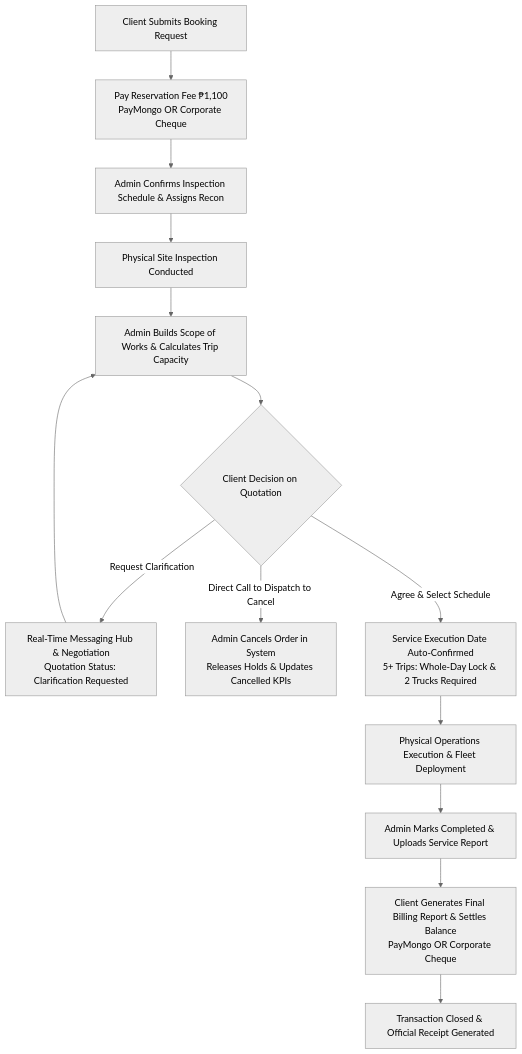
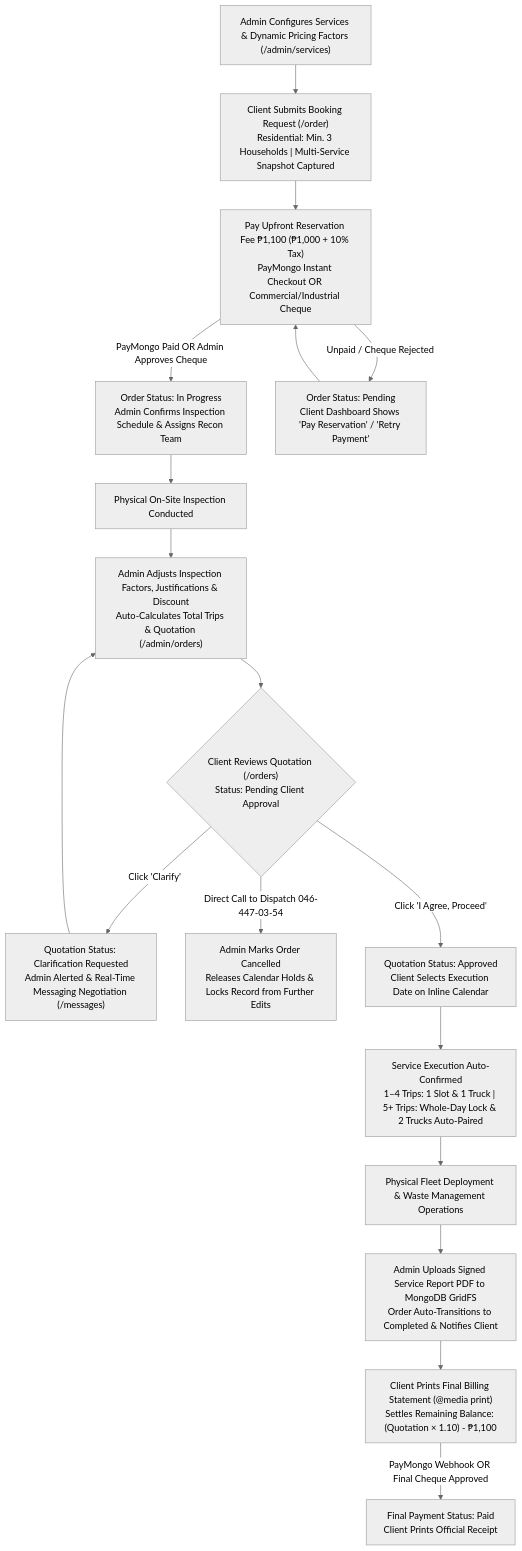
The diagram in SERVICE_OPERATION_FLOW.md (tylertakeswalls/Cleaneco), drawn with Mermaid (neutral theme) before and after one commit. The commit also changed other lines of this file, not shown here.

Commit message:
docs: update SERVICE_OPERATION_FLOW.md to reflect current system workflows and dynamic pricing

````diff
--- a/SERVICE_OPERATION_FLOW.md
+++ b/SERVICE_OPERATION_FLOW.md
@@ -9,16 +9,20 @@
 ```mermaid
-graph TD
-    A[Client Submits Booking Request] --> B[Pay Reservation Fee ₱1,100<br/>PayMongo OR Corporate Cheque]
-    B --> C[Admin Confirms Inspection Schedule & Assigns Recon]
-    C --> D[Physical Site Inspection Conducted]
-    D --> E[Admin Builds Scope of Works & Calculates Trip Capacity]
-    E --> F{Client Decision on Quotation}
-    F -->|Request Clarification| G[Real-Time Messaging Hub & Negotiation<br/>Quotation Status: Clarification Requested]
+flowchart TD
+    S0["Admin Configures Services & Dynamic Pricing Factors (/admin/services)"] --> A
+    A["Client Submits Booking Request (/order)<br/>Residential: Min. 3 Households | Multi-Service Snapshot Captured"] --> B["Pay Upfront Reservation Fee ₱1,100 (₱1,000 + 10% Tax)<br/>PayMongo Instant Checkout OR Commercial/Industrial Cheque"]
+    B -->|PayMongo Paid OR Admin Approves Cheque| C["Order Status: In Progress<br/>Admin Confirms Inspection Schedule & Assigns Recon Team"]
+    B -->|Unpaid / Cheque Rejected| B1["Order Status: Pending<br/>Client Dashboard Shows 'Pay Reservation' / 'Retry Payment'"]
+    B1 --> B
+    C --> D["Physical On-Site Inspection Conducted"]
+    D --> E["Admin Adjusts Inspection Factors, Justifications & Discount<br/>Auto-Calculates Total Trips & Quotation (/admin/orders)"]
+    E --> F{"Client Reviews Quotation (/orders)<br/>Status: Pending Client Approval"}
+    F -->|Click 'Clarify'| G["Quotation Status: Clarification Requested<br/>Admin Alerted & Real-Time Messaging Negotiation (/messages)"]
     G --> E
-    F -->|Direct Call to Dispatch to Cancel| H[Admin Cancels Order in System<br/>Releases Holds & Updates Cancelled KPIs]
-    F -->|Agree & Select Schedule| I[Service Execution Date Auto-Confirmed<br/>5+ Trips: Whole-Day Lock & 2 Trucks Required]
-    I --> J[Physical Operations Execution & Fleet Deployment]
-    J --> K[Admin Marks Completed & Uploads Service Report]
-    K --> L[Client Generates Final Billing Report & Settles Balance<br/>PayMongo OR Corporate Cheque]
-    L --> M[Transaction Closed & Official Receipt Generated]
+    F -->|Direct Call to Dispatch 046-447-03-54| H["Admin Marks Order Cancelled<br/>Releases Calendar Holds & Locks Record from Further Edits"]
+    F -->|Click 'I Agree, Proceed'| I["Quotation Status: Approved<br/>Client Selects Execution Date on Inline Calendar"]
+    I --> J["Service Execution Auto-Confirmed<br/>1–4 Trips: 1 Slot & 1 Truck | 5+ Trips: Whole-Day Lock & 2 Trucks Auto-Paired"]
+    J --> K["Physical Fleet Deployment & Waste Management Operations"]
+    K --> L["Admin Uploads Signed Service Report PDF to MongoDB GridFS<br/>Order Auto-Transitions to Completed & Notifies Client"]
+    L --> M["Client Prints Final Billing Statement (@media print)<br/>Settles Remaining Balance: (Quotation × 1.10) - ₱1,100"]
+    M -->|PayMongo Webhook OR Final Cheque Approved| N["Final Payment Status: Paid<br/>Client Prints Official Receipt"]
 ```
````
